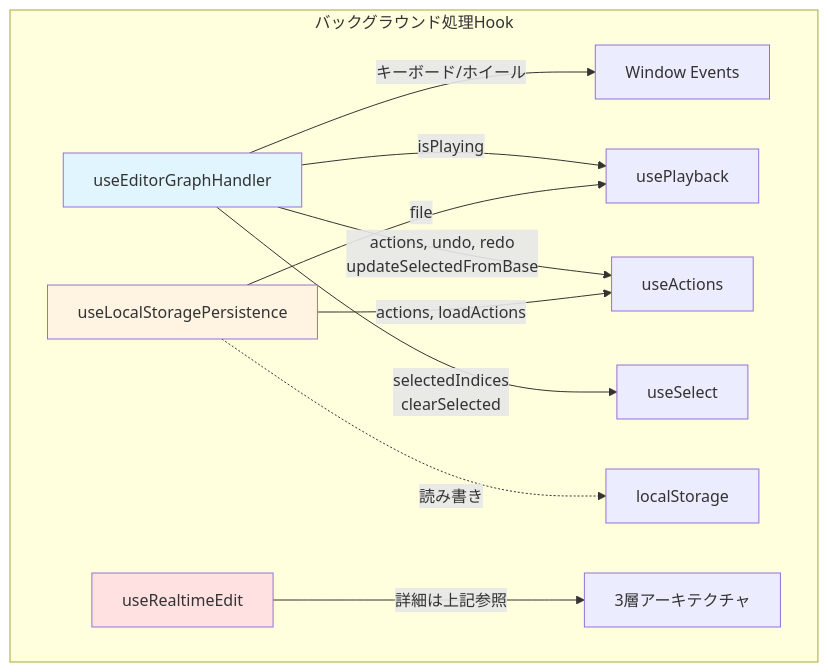
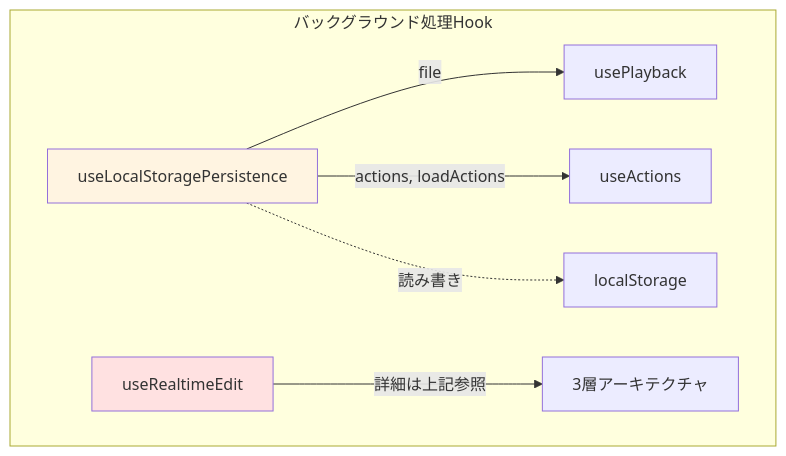
One commit to tin9tt/funscript-workspace changed the sixth of 7 diagrams in src/app/edit/DesignDoc.md. Above: the diagram before and after it, drawn with Mermaid. The commit also changed other lines of this file, not shown here.

Commit message:
docs(editor): follow implementation

````diff
--- a/src/app/edit/DesignDoc.md
+++ b/src/app/edit/DesignDoc.md
@@ -625,23 +650,16 @@
 ```mermaid
 graph TB
     subgraph "バックグラウンド処理Hook"
-        A[useEditorGraphHandler]
-        B[useLocalStoragePersistence]
-        C[useRealtimeEdit]
+        A[useLocalStoragePersistence]
+        B[useRealtimeEdit]
 
-        A -->|キーボード/ホイール| WindowEvents[Window Events]
-        A -->|isPlaying| usePlayback
-        A -->|actions, undo, redo<br/>updateSelectedFromBase| useActions
-        A -->|selectedIndices<br/>clearSelected| useSelect
+        A -->|file| usePlayback
+        A -->|actions, loadActions| useActions
+        A -.->|読み書き| localStorage
 
-        B -->|file| usePlayback
-        B -->|actions, loadActions| useActions
-        B -.->|読み書き| localStorage
-
-        C -->|詳細は上記参照| RealtimeHooks[3層アーキテクチャ]
+        B -->|詳細は上記参照| RealtimeHooks[3層アーキテクチャ]
     end
 
-    style A fill:#e1f5ff
-    style B fill:#fff4e1
-    style C fill:#ffe1e1
+    style A fill:#fff4e1
+    style B fill:#ffe1e1
 ```
````
